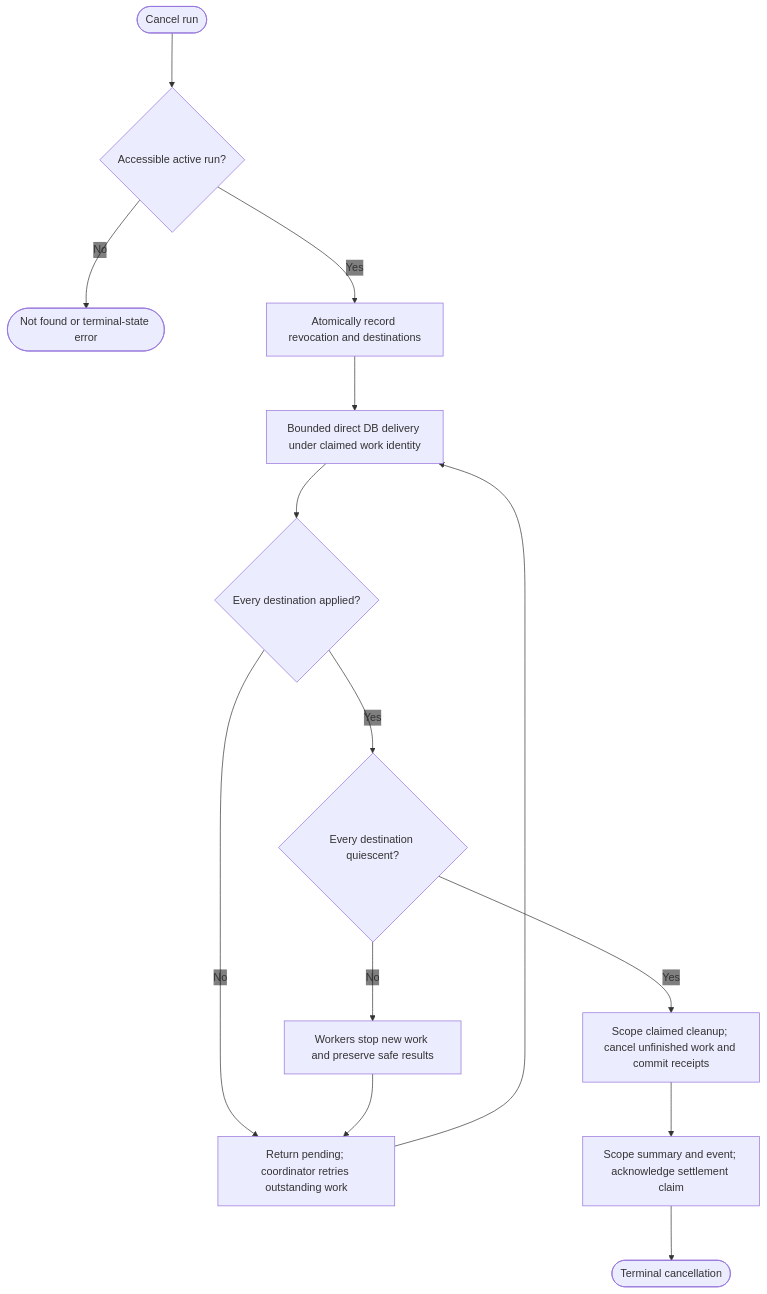
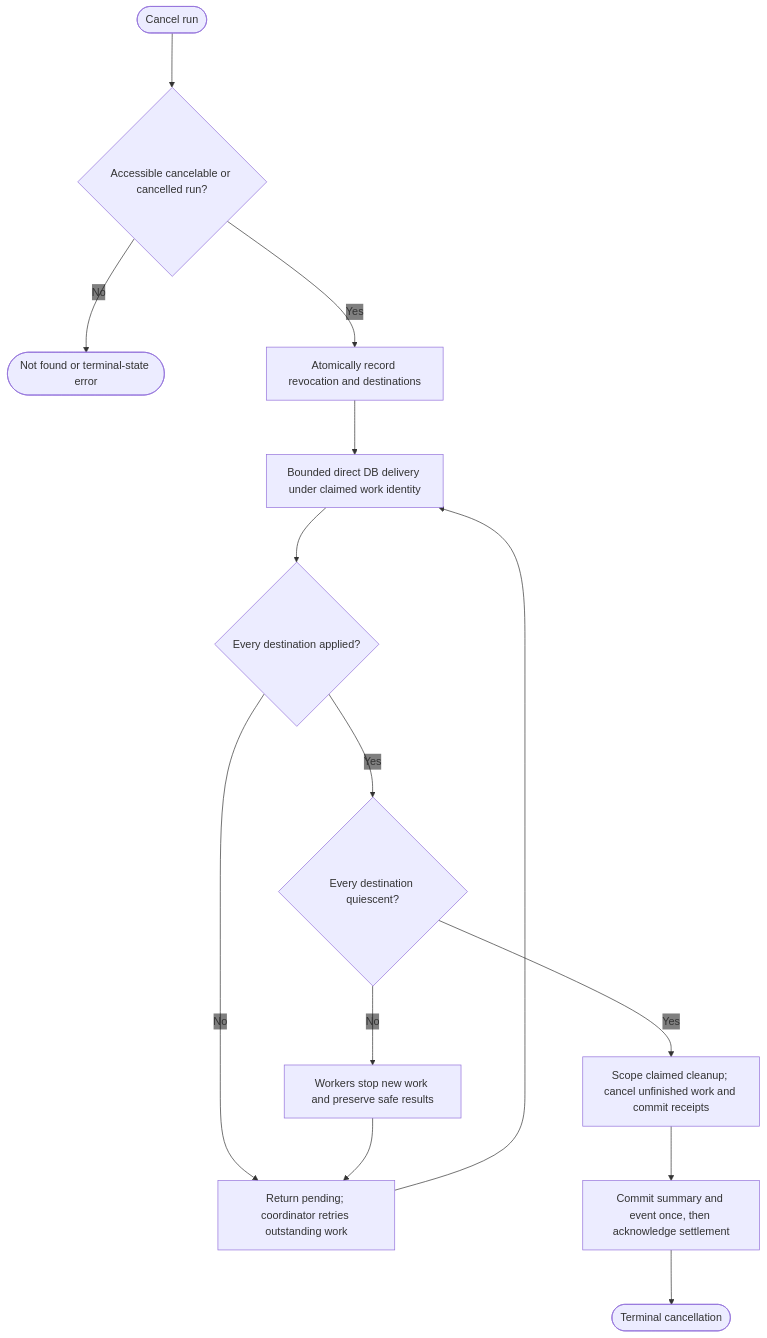
Before and after one commit to agent-vigilo/vigilo: the diagram in web/docs/architecture/flows/run/cancel/decision-flow.mmd, drawn with Mermaid. The commit also changed 15 other files, not shown here.

```diff
--- a/web/docs/architecture/flows/run/cancel/decision-flow.mmd
+++ b/web/docs/architecture/flows/run/cancel/decision-flow.mmd
@@ -1,22 +1,22 @@
 ---
 config:
   flowchart:
     nodeSpacing: 150
     rankSpacing: 80
   themeVariables:
     edgeLabelBackground: 'transparent'
 ---
 flowchart TD
-    Start([Cancel run]) --> Valid{Accessible active run?}
+    Start([Cancel run]) --> Valid{Accessible cancelable or cancelled run?}
     Valid -- No --> Error([Not found or terminal-state error])
     Valid -- Yes --> Commit[Atomically record revocation and destinations]
     Commit --> Deliver[Bounded direct DB delivery under claimed work identity]
     Deliver --> Applied{Every destination applied?}
     Applied -- No --> Pending[Return pending; coordinator retries outstanding work]
     Pending --> Deliver
     Applied -- Yes --> Quiet{Every destination quiescent?}
     Quiet -- No --> Finish[Workers stop new work and preserve safe results]
     Finish --> Pending
     Quiet -- Yes --> Settle[Scope claimed cleanup; cancel unfinished work and commit receipts]
-    Settle --> Event[Scope summary and event; acknowledge settlement claim]
+    Settle --> Event[Commit summary and event once, then acknowledge settlement]
     Event --> Done([Terminal cancellation])
```
